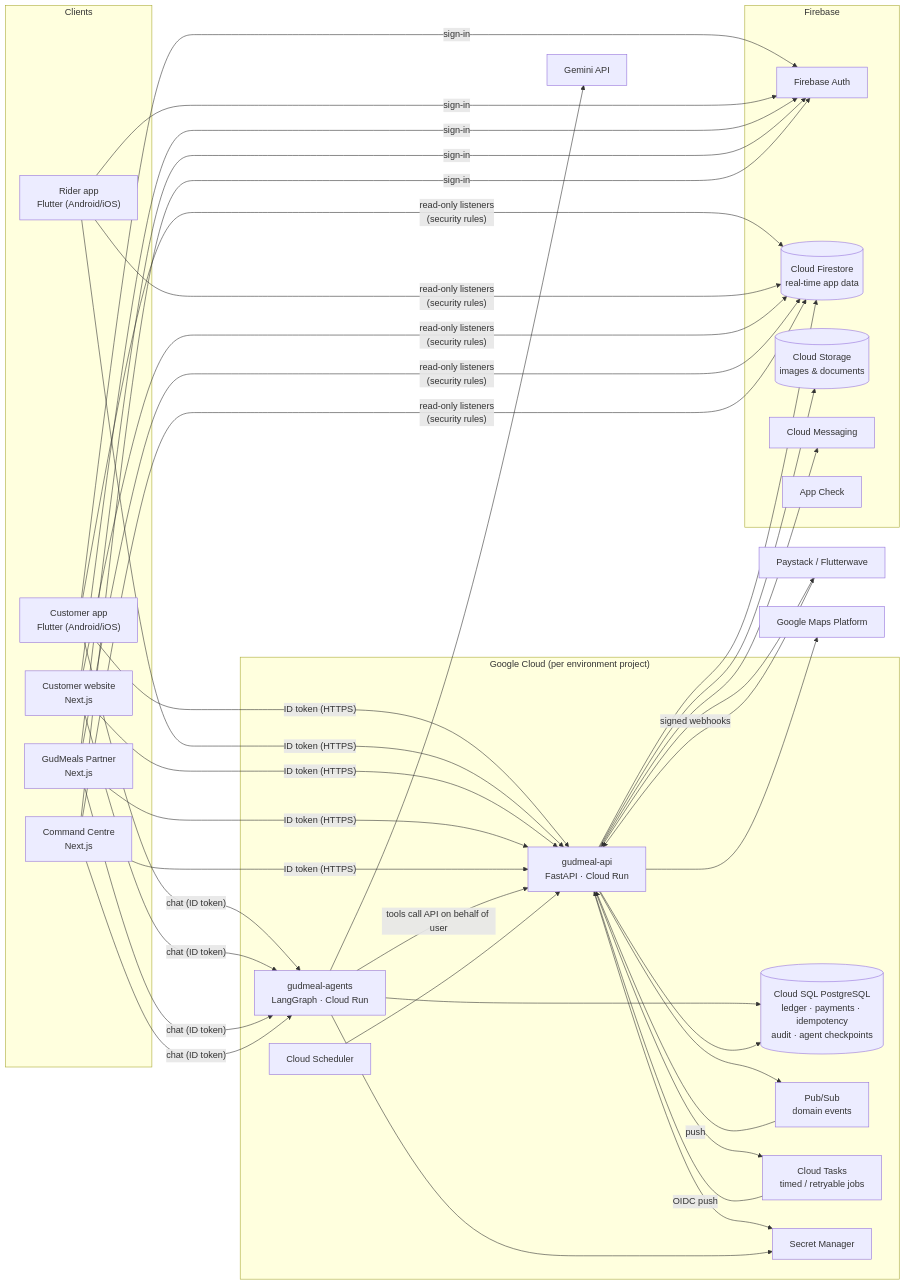
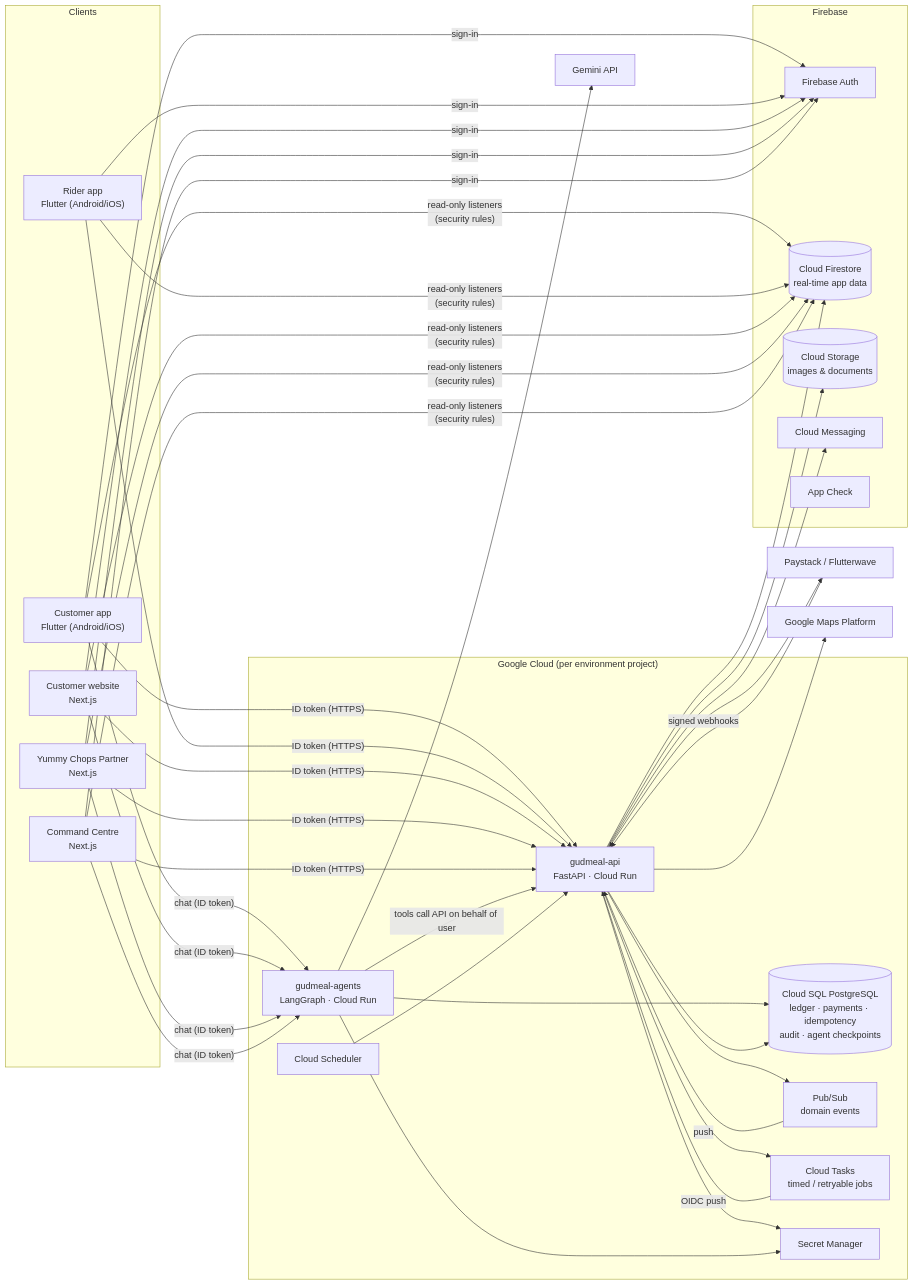
Before and after one commit to Hubert24hrs/Gud_Meal: the first of 2 diagrams in docs/architecture/overview.md, drawn with Mermaid. The commit also changed other lines of this file and 359 other files, not shown here.

First line of the commit message:
Yummy Chops: the platform's new name, logo lettering and icons; the assistant is Yummy

````diff
--- a/docs/architecture/overview.md
+++ b/docs/architecture/overview.md
@@ -11,48 +11,48 @@
 ```mermaid
 flowchart LR
   subgraph Clients
     CA["Customer app<br/>Flutter (Android/iOS)"]
     RA["Rider app<br/>Flutter (Android/iOS)"]
     WEB["Customer website<br/>Next.js"]
-    PARTNER["GudMeals Partner<br/>Next.js"]
+    PARTNER["Yummy Chops Partner<br/>Next.js"]
     ADMIN["Command Centre<br/>Next.js"]
   end
 
   subgraph Firebase
     AUTH["Firebase Auth"]
     FS[("Cloud Firestore<br/>real-time app data")]
     STG[("Cloud Storage<br/>images & documents")]
     FCM["Cloud Messaging"]
     AC["App Check"]
   end
 
   subgraph GCP["Google Cloud (per environment project)"]
     API["gudmeal-api<br/>FastAPI · Cloud Run"]
     AGENTS["gudmeal-agents<br/>LangGraph · Cloud Run"]
     SQL[("Cloud SQL PostgreSQL<br/>ledger · payments · idempotency<br/>audit · agent checkpoints")]
     PS["Pub/Sub<br/>domain events"]
     CT["Cloud Tasks<br/>timed / retryable jobs"]
     SCH["Cloud Scheduler"]
     SM["Secret Manager"]
   end
 
   GEM["Gemini API"]
   PAY["Paystack / Flutterwave"]
   MAPS["Google Maps Platform"]
 
   CA & RA & WEB & PARTNER & ADMIN -- "sign-in" --> AUTH
   CA & RA & WEB & PARTNER & ADMIN -- "ID token (HTTPS)" --> API
   CA & WEB & PARTNER & ADMIN -- "chat (ID token)" --> AGENTS
   CA & RA & WEB & PARTNER & ADMIN -- "read-only listeners<br/>(security rules)" --> FS
   AGENTS -- "tools call API on behalf of user" --> API
   AGENTS --> GEM
   AGENTS --> SQL
   API --> FS & SQL & STG & FCM & PS & CT
   PS -- "push" --> API
   CT -- "OIDC push" --> API
   SCH --> API
   API <--> PAY
   PAY -- "signed webhooks" --> API
   API --> MAPS
   API & AGENTS --> SM
 ```
````
